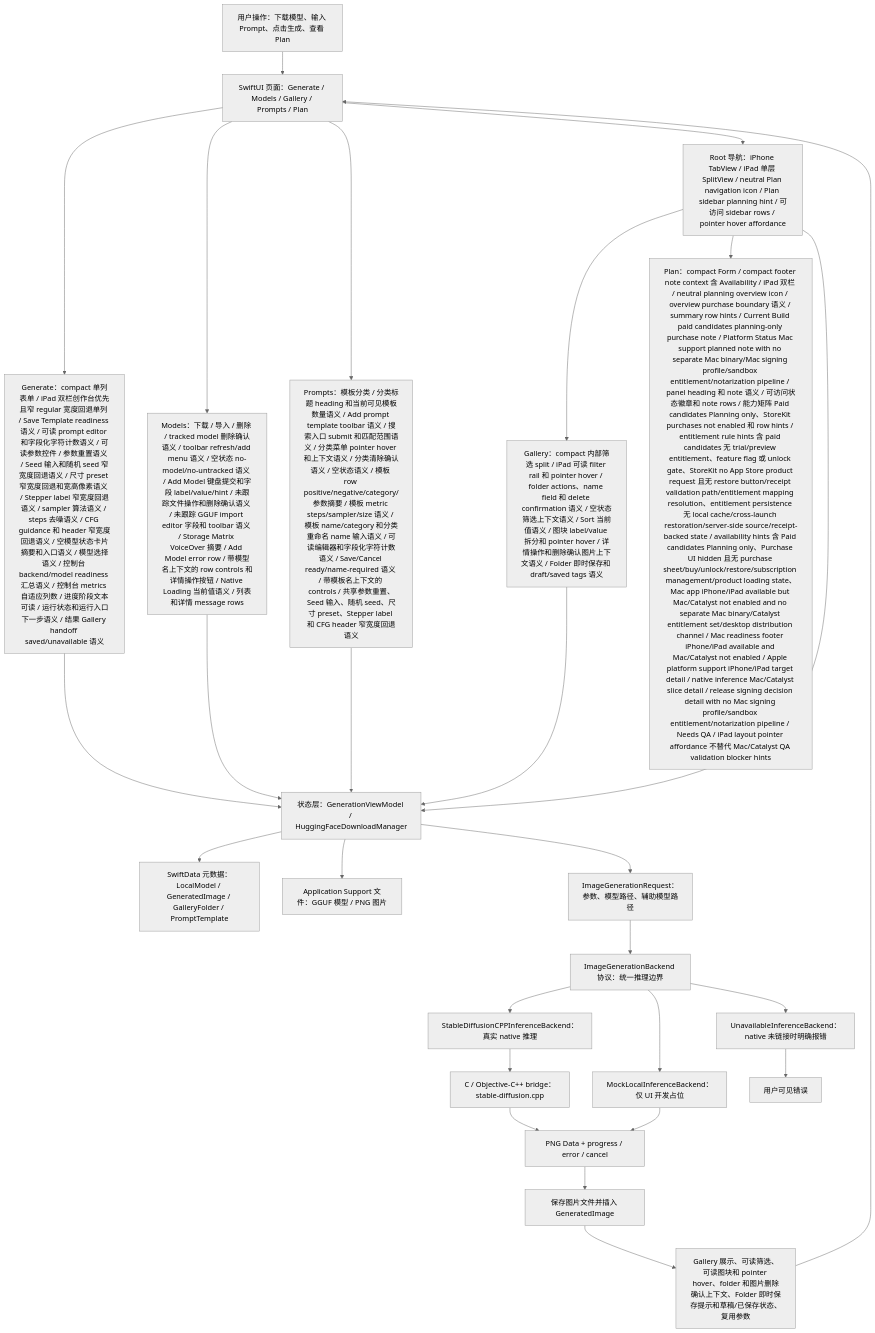
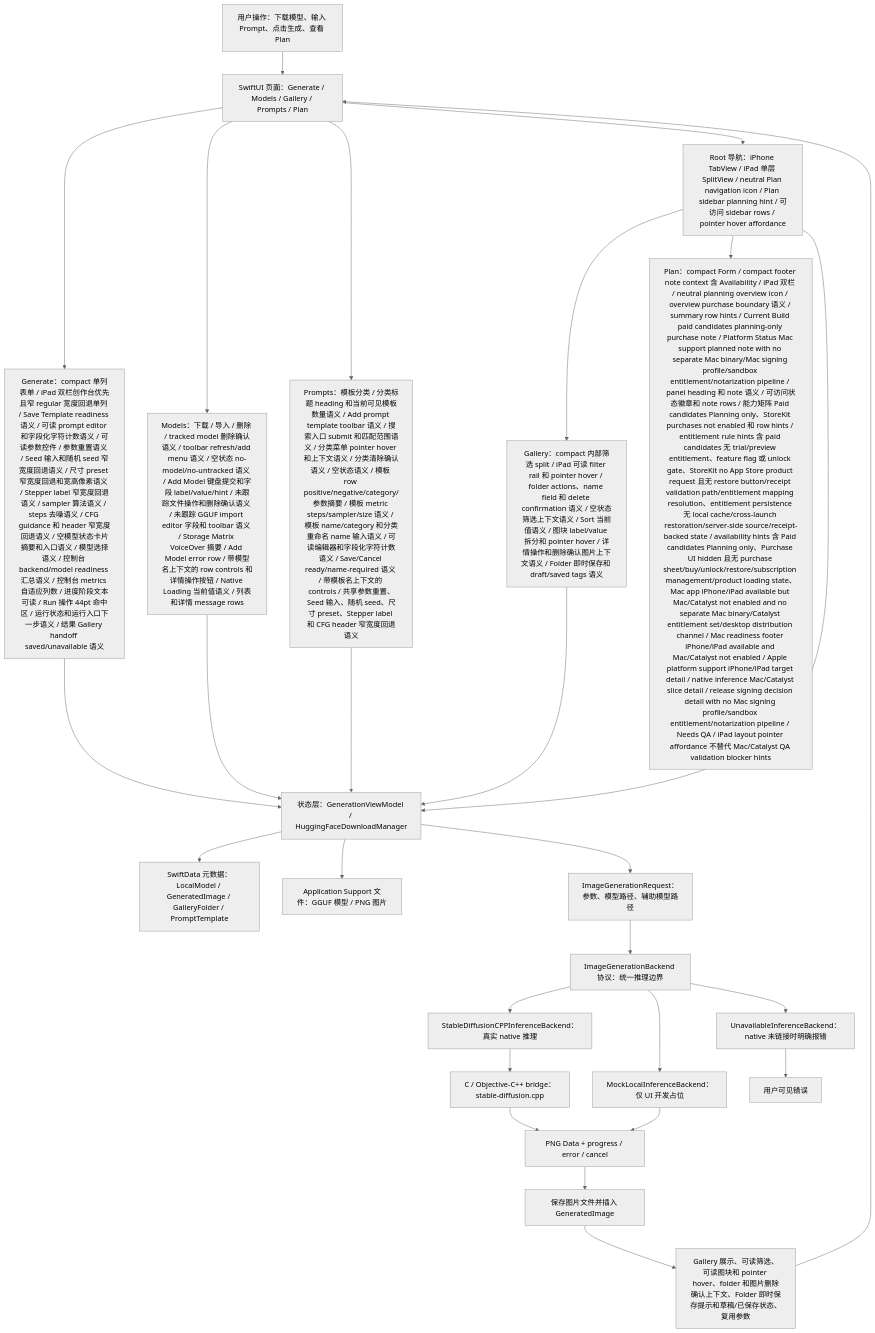
Before and after one commit to Altman-sam114/118: the first of 7 diagrams in md/flow/flowchart.md, drawn with Mermaid (neutral theme). The commit also changed 5 other files, not shown here.

````diff
--- a/md/flow/flowchart.md
+++ b/md/flow/flowchart.md
@@ -9,29 +9,29 @@
 ```mermaid
 flowchart TD
   U["用户操作：下载模型、输入 Prompt、点击生成、查看 Plan"] --> UI["SwiftUI 页面：Generate / Models / Gallery / Prompts / Plan"]
-  UI --> GENUI["Generate：compact 单列表单 / iPad 双栏创作台优先且窄 regular 宽度回退单列 / Save Template readiness 语义 / 可读 prompt editor 和字段化字符计数语义 / 可读参数控件 / 参数重置语义 / Seed 输入和随机 seed 窄宽度回退语义 / 尺寸 preset 窄宽度回退和宽高像素语义 / Stepper label 窄宽度回退语义 / sampler 算法语义 / steps 去噪语义 / CFG guidance 和 header 窄宽度回退语义 / 空模型状态卡片摘要和入口语义 / 模型选择语义 / 控制台 backend/model readiness 汇总语义 / 控制台 metrics 自适应列数 / 进度阶段文本可读 / 运行状态和运行入口下一步语义 / 结果 Gallery handoff saved/unavailable 语义"]
+  UI --> GENUI["Generate：compact 单列表单 / iPad 双栏创作台优先且窄 regular 宽度回退单列 / Save Template readiness 语义 / 可读 prompt editor 和字段化字符计数语义 / 可读参数控件 / 参数重置语义 / Seed 输入和随机 seed 窄宽度回退语义 / 尺寸 preset 窄宽度回退和宽高像素语义 / Stepper label 窄宽度回退语义 / sampler 算法语义 / steps 去噪语义 / CFG guidance 和 header 窄宽度回退语义 / 空模型状态卡片摘要和入口语义 / 模型选择语义 / 控制台 backend/model readiness 汇总语义 / 控制台 metrics 自适应列数 / 进度阶段文本可读 / Run 操作 44pt 命中区 / 运行状态和运行入口下一步语义 / 结果 Gallery handoff saved/unavailable 语义"]
   UI --> MODELUI["Models：下载 / 导入 / 删除 / tracked model 删除确认语义 / toolbar refresh/add menu 语义 / 空状态 no-model/no-untracked 语义 / Add Model 键盘提交和字段 label/value/hint / 未跟踪文件操作和删除确认语义 / 未跟踪 GGUF import editor 字段和 toolbar 语义 / Storage Matrix VoiceOver 摘要 / Add Model error row / 带模型名上下文的 row controls 和详情操作按钮 / Native Loading 当前值语义 / 列表和详情 message rows"]
   UI --> PROMPTUI["Prompts：模板分类 / 分类标题 heading 和当前可见模板数量语义 / Add prompt template toolbar 语义 / 搜索入口 submit 和匹配范围语义 / 分类菜单 pointer hover 和上下文语义 / 分类清除确认语义 / 空状态语义 / 模板 row positive/negative/category/参数摘要 / 模板 metric steps/sampler/size 语义 / 模板 name/category 和分类重命名 name 输入语义 / 可读编辑器和字段化字符计数语义 / Save/Cancel ready/name-required 语义 / 带模板名上下文的 controls / 共享参数重置、Seed 输入、随机 seed、尺寸 preset、Stepper label 和 CFG header 窄宽度回退语义"]
   UI --> NAV["Root 导航：iPhone TabView / iPad 单层 SplitView / neutral Plan navigation icon / Plan sidebar planning hint / 可访问 sidebar rows / pointer hover affordance"]
   NAV --> GALUI["Gallery：compact 内部筛选 split / iPad 可读 filter rail 和 pointer hover / folder actions、name field 和 delete confirmation 语义 / 空状态筛选上下文语义 / Sort 当前值语义 / 图块 label/value 拆分和 pointer hover / 详情操作和删除确认图片上下文语义 / Folder 即时保存和 draft/saved tags 语义"]
   NAV --> PLANUI["Plan：compact Form / compact footer note context 含 Availability / iPad 双栏 / neutral planning overview icon / overview purchase boundary 语义 / summary row hints / Current Build paid candidates planning-only purchase note / Platform Status Mac support planned note with no separate Mac binary/Mac signing profile/sandbox entitlement/notarization pipeline / panel heading 和 note 语义 / 可访问状态徽章和 note rows / 能力矩阵 Paid candidates Planning only、StoreKit purchases not enabled 和 row hints / entitlement rule hints 含 paid candidates 无 trial/preview entitlement、feature flag 或 unlock gate、StoreKit no App Store product request 且无 restore button/receipt validation path/entitlement mapping resolution、entitlement persistence 无 local cache/cross-launch restoration/server-side source/receipt-backed state / availability hints 含 Paid candidates Planning only、Purchase UI hidden 且无 purchase sheet/buy/unlock/restore/subscription management/product loading state、Mac app iPhone/iPad available but Mac/Catalyst not enabled and no separate Mac binary/Catalyst entitlement set/desktop distribution channel / Mac readiness footer iPhone/iPad available and Mac/Catalyst not enabled / Apple platform support iPhone/iPad target detail / native inference Mac/Catalyst slice detail / release signing decision detail with no Mac signing profile/sandbox entitlement/notarization pipeline / Needs QA / iPad layout pointer affordance 不替代 Mac/Catalyst QA validation blocker hints"]
   NAV --> VM["状态层：GenerationViewModel / HuggingFaceDownloadManager"]
   GENUI --> VM
   MODELUI --> VM
   PROMPTUI --> VM
   GALUI --> VM
   VM --> SD["SwiftData 元数据：LocalModel / GeneratedImage / GalleryFolder / PromptTemplate"]
   VM --> FS["Application Support 文件：GGUF 模型 / PNG 图片"]
   VM --> REQ["ImageGenerationRequest：参数、模型路径、辅助模型路径"]
   REQ --> IFACE["ImageGenerationBackend 协议：统一推理边界"]
   IFACE --> NATIVE["StableDiffusionCPPInferenceBackend：真实 native 推理"]
   IFACE --> MOCK["MockLocalInferenceBackend：仅 UI 开发占位"]
   IFACE --> OFF["UnavailableInferenceBackend：native 未链接时明确报错"]
   NATIVE --> BRIDGE["C / Objective-C++ bridge：stable-diffusion.cpp"]
   BRIDGE --> PNG["PNG Data + progress / error / cancel"]
   MOCK --> PNG
   OFF --> ERR["用户可见错误"]
   PNG --> SAVE["保存图片文件并插入 GeneratedImage"]
   SAVE --> GALLERY["Gallery 展示、可读筛选、可读图块和 pointer hover、folder 和图片删除确认上下文、Folder 即时保存提示和草稿/已保存状态、复用参数"]
   GALLERY --> UI
 ```
````
